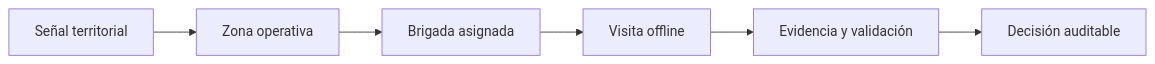
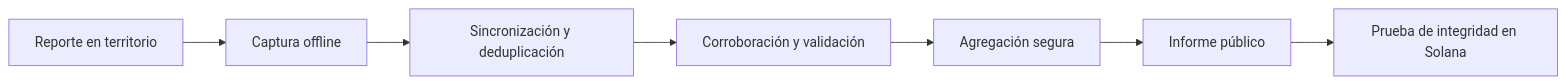
Before and after one commit to AsymmetricFrequency/pulso: the diagram in README.md, drawn with Mermaid. The commit also changed other lines of this file and 13 other files, not shown here.

````diff
--- a/README.md
+++ b/README.md
@@ -35,8 +54,9 @@
 ```mermaid
 flowchart LR
-    A[Señal territorial] --> B[Zona operativa]
-    B --> C[Brigada asignada]
-    C --> D[Visita offline]
-    D --> E[Evidencia y validación]
-    E --> F[Decisión auditable]
+    A["Reporte en territorio"] --> B["Captura offline"]
+    B --> C["Sincronización y deduplicación"]
+    C --> D["Corroboración y validación"]
+    D --> E["Agregación segura"]
+    E --> F["Informe público"]
+    F --> G["Prueba de integridad en Solana"]
 ```
````
